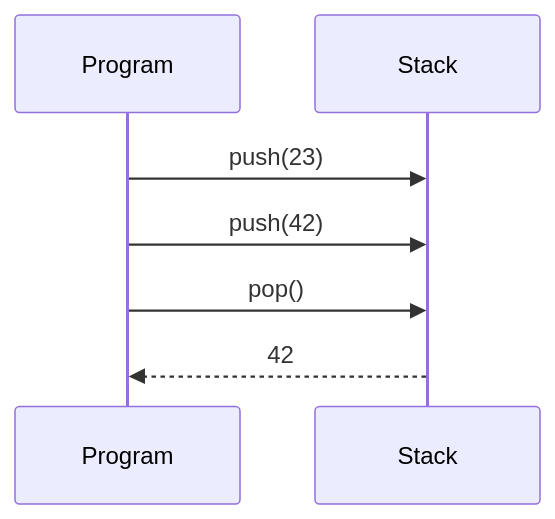
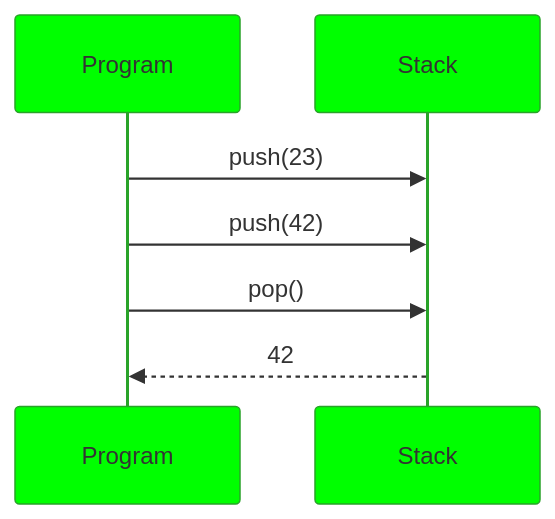
Before and after one commit to SchrodtSven/relearn_rust: the diagram in doq/Base/Stack_Heap.md, drawn with Mermaid.

Commit message:
Adding Doq

````diff
--- a/doq/Base/Stack_Heap.md
+++ b/doq/Base/Stack_Heap.md
@@ -15,8 +15,15 @@
 ```mermaid
+---
+config:
+  theme: base
+  themeVariables:
+    primaryColor: "#00ff00"
+    secondaryColor: "#003300"
+---
 sequenceDiagram
     Program->>Stack: push(23)
     Program->>Stack: push(42)
     Program->>Stack: pop()
     Stack-->>Program: 42
 
 ```
````
